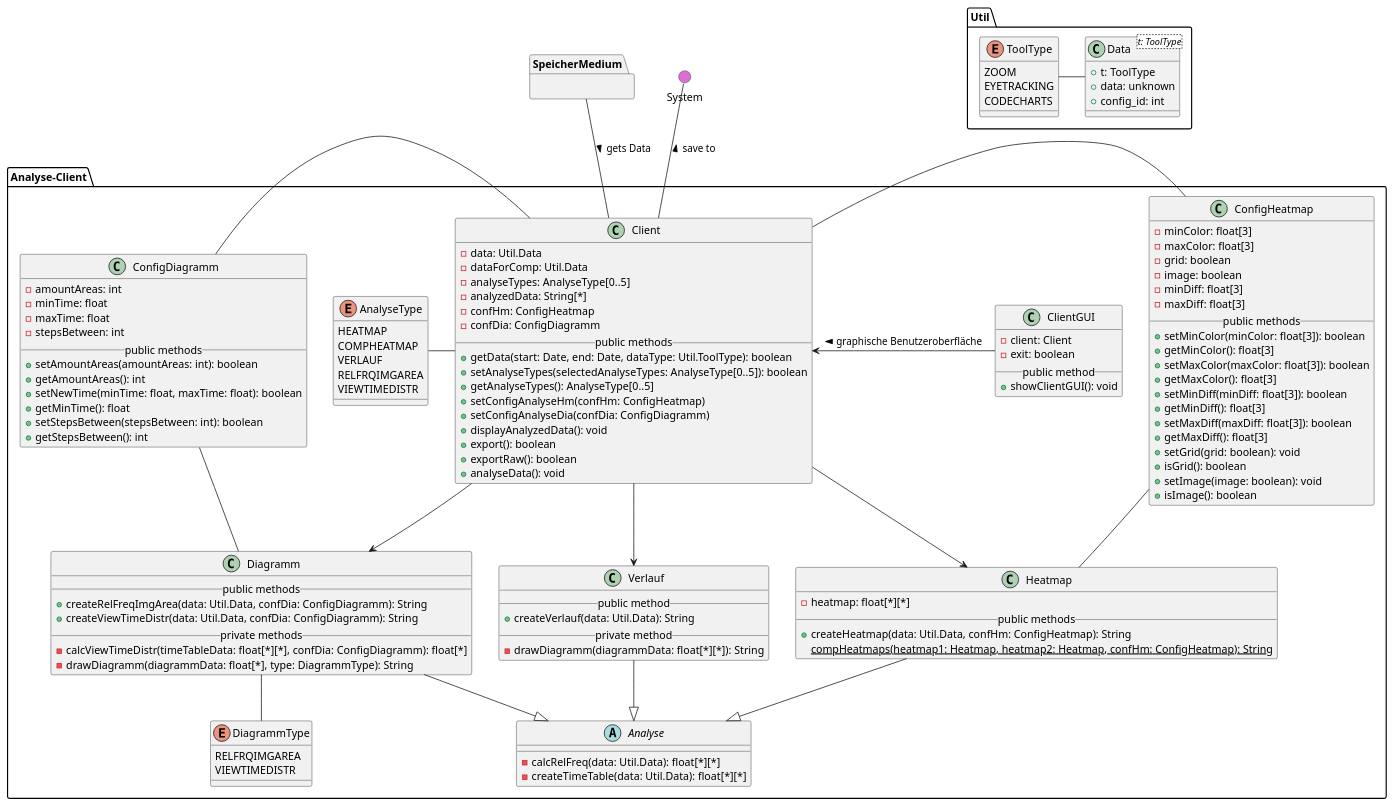
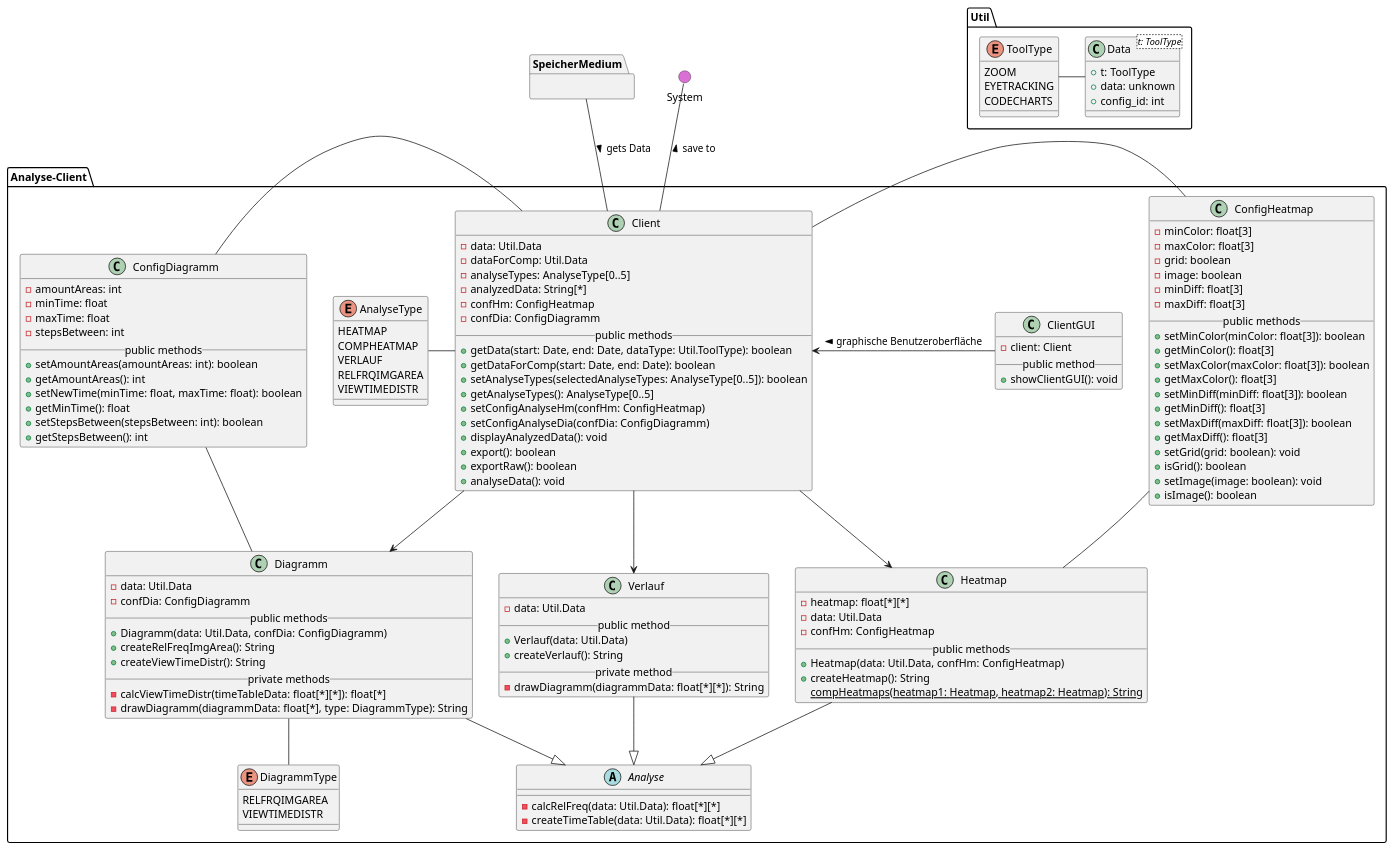
The diagram in uml-class/analyseclient/analyseclient.puml (weichware-10/dokumente), drawn with PlantUML before and after one commit. The commit also changed 6 other files, not shown here.

First line of the commit message:
UML-Klassen AnalyseClient Update (#8)

```diff
--- a/uml-class/analyseclient/analyseclient.puml
+++ b/uml-class/analyseclient/analyseclient.puml
@@ -1,167 +1,175 @@
 @startuml analyseclient
 
 ' === ANALYSE CLIENT ===
 package Analyse-Client{
 
     ' Client
     class Client {
         - data: Util.Data
         - dataForComp: Util.Data
         - analyseTypes: AnalyseType[0..5]
         - analyzedData: String[*]
         - confHm: ConfigHeatmap
         - confDia: ConfigDiagramm
         __public methods__
         + getData(start: Date, end: Date, dataType: Util.ToolType): boolean
+        + getDataForComp(start: Date, end: Date): boolean
         + setAnalyseTypes(selectedAnalyseTypes: AnalyseType[0..5]): boolean
         + getAnalyseTypes(): AnalyseType[0..5]
         + setConfigAnalyseHm(confHm: ConfigHeatmap)
         + setConfigAnalyseDia(confDia: ConfigDiagramm)
         + displayAnalyzedData(): void
         + export(): boolean
         + exportRaw(): boolean
         + analyseData(): void
     }
 
     ' Analyse
     abstract Analyse {
         - calcRelFreq(data: Util.Data): float[*][*]
         - createTimeTable(data: Util.Data): float[*][*]
     }
 
     ' Heatmap
     class Heatmap {
         - heatmap: float[*][*]
+        - data: Util.Data
+        - confHm: ConfigHeatmap
         __public methods__
-        + createHeatmap(data: Util.Data, confHm: ConfigHeatmap): String
-        {static} compHeatmaps(heatmap1: Heatmap, heatmap2: Heatmap, confHm: ConfigHeatmap): String
+        + Heatmap(data: Util.Data, confHm: ConfigHeatmap) 
+        + createHeatmap(): String
+        {static} compHeatmaps(heatmap1: Heatmap, heatmap2: Heatmap): String
     }
 
     ' Verlauf
     class Verlauf {
+        - data: Util.Data
         __public method__
-        + createVerlauf(data: Util.Data): String
+        + Verlauf(data: Util.Data)
+        + createVerlauf(): String
         __private method__
         - drawDiagramm(diagrammData: float[*][*]): String
     }
 
     ' Diagramm
     class Diagramm {
+        - data: Util.Data
+        - confDia: ConfigDiagramm
         __public methods__
-        + createRelFreqImgArea(data: Util.Data, confDia: ConfigDiagramm): String
-        + createViewTimeDistr(data: Util.Data, confDia: ConfigDiagramm): String
+        + Diagramm(data: Util.Data, confDia: ConfigDiagramm)
+        + createRelFreqImgArea(): String
+        + createViewTimeDistr(): String
         __private methods__
-        - calcViewTimeDistr(timeTableData: float[*][*], confDia: ConfigDiagramm): float[*]
+        - calcViewTimeDistr(timeTableData: float[*][*]): float[*]
         - drawDiagramm(diagrammData: float[*], type: DiagrammType): String
     }
 
     ' ConfigDiagramm
     class ConfigDiagramm {
         - amountAreas: int
         - minTime: float
         - maxTime: float
         - stepsBetween: int
         __public methods__
         + setAmountAreas(amountAreas: int): boolean
         + getAmountAreas(): int
         + setNewTime(minTime: float, maxTime: float): boolean
         + getMinTime(): float
         + setStepsBetween(stepsBetween: int): boolean
         + getStepsBetween(): int
     }
 
     ' ConfigHeatmap
     class ConfigHeatmap {
         - minColor: float[3]
         - maxColor: float[3]
         - grid: boolean
         - image: boolean
         - minDiff: float[3]
         - maxDiff: float[3]
         __public methods__
         + setMinColor(minColor: float[3]): boolean
         + getMinColor(): float[3]
         + setMaxColor(maxColor: float[3]): boolean
         + getMaxColor(): float[3]
         + setMinDiff(minDiff: float[3]): boolean
         + getMinDiff(): float[3]
         + setMaxDiff(maxDiff: float[3]): boolean
         + getMaxDiff(): float[3]
         + setGrid(grid: boolean): void
         + isGrid(): boolean
         + setImage(image: boolean): void
         + isImage(): boolean
     }
 
     ' DiagrammType
     enum DiagrammType {
         RELFRQIMGAREA
         VIEWTIMEDISTR 
     }
 
     ' Type
     enum AnalyseType {
         HEATMAP
         COMPHEATMAP
         VERLAUF
         RELFRQIMGAREA
         VIEWTIMEDISTR
     }
 
     ' ClientGUI
     class ClientGUI {
         - client: Client
-        - exit: boolean
         __public method__
         + showClientGUI(): void
     }
 
     ' Vererbung
     Analyse <|-u- Heatmap
     Analyse <|-u- Verlauf
     Analyse <|-u- Diagramm
 
     ' Interaktionen
     Client -d-> Heatmap
     Client -d-> Verlauf
     Client -d-> Diagramm
     Client -l- AnalyseType
     Client <-r- ClientGUI : < graphische Benutzeroberfläche
     Diagramm -- DiagrammType
     ConfigDiagramm -- Diagramm
     ConfigDiagramm -r- Client
     ConfigHeatmap -- Heatmap
     ConfigHeatmap -l- Client
 
 }
 
 ' Blackbox
 package SpeicherMedium {}
 
 package Util {
 
     ' Typen der erhobenen Daten
     enum ToolType {
         ZOOM
         EYETRACKING
         CODECHARTS
     }
 
     ' Daten
     class Data<t: ToolType> {
         + t: ToolType
         + data: unknown
         + config_id: int
     }
 
     ' Interaktionen
     Data -l- ToolType
 }
 
 () System #DA70D5
 
 ' Interaktionen
 Client -u- System: > save to
 Client -u- SpeicherMedium : < gets Data
 
 @enduml
```
